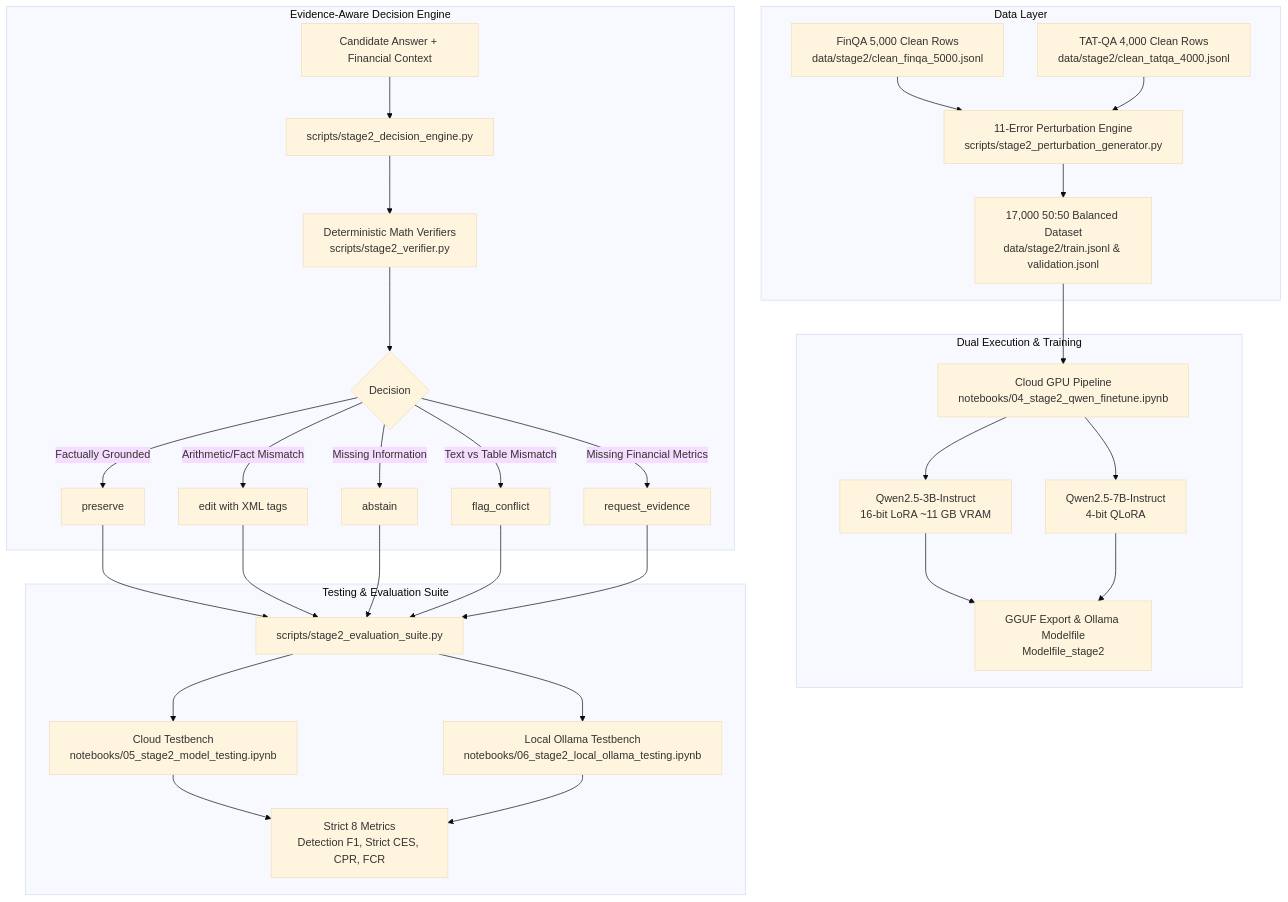
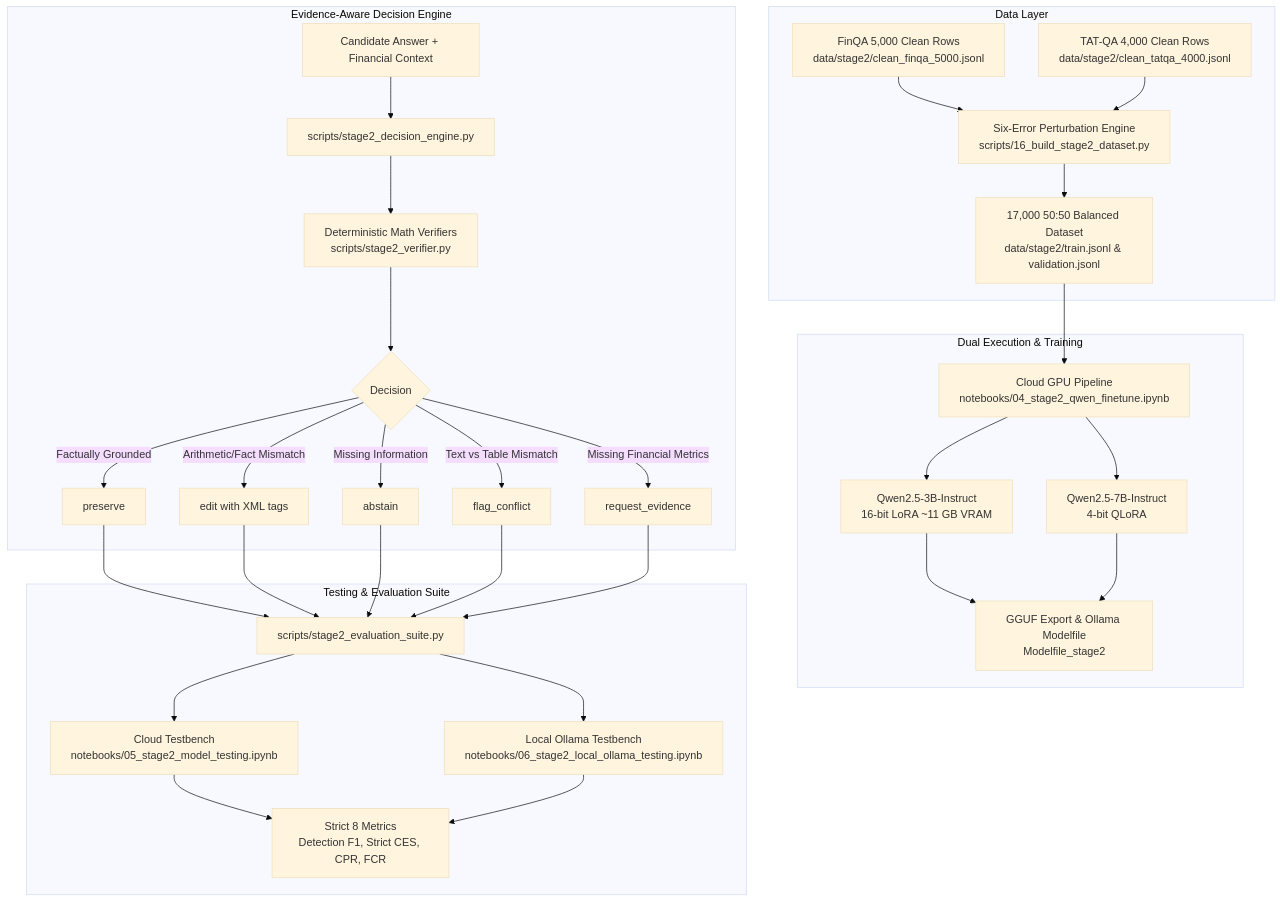
The diagram in README.md (Akash-Purbhi/FRED-Financial-Retrieval-Enhanced-Detection-and-Editing-of-Hallucinations-in-Language-Models), drawn with Mermaid (base theme) before and after one commit. The commit also changed other lines of this file and 15 other files, not shown here.

````diff
--- a/README.md
+++ b/README.md
@@ -143,34 +139,34 @@
 ```mermaid
 flowchart TD
     subgraph Data Layer
         A1[FinQA 5,000 Clean Rows\ndata/stage2/clean_finqa_5000.jsonl]
         A2[TAT-QA 4,000 Clean Rows\ndata/stage2/clean_tatqa_4000.jsonl]
-        A1 & A2 --> B[11-Error Perturbation Engine\nscripts/stage2_perturbation_generator.py]
+        A1 & A2 --> B[Six-Error Perturbation Engine\nscripts/16_build_stage2_dataset.py]
         B --> C[17,000 50:50 Balanced Dataset\ndata/stage2/train.jsonl & validation.jsonl]
     end
 
     subgraph Dual Execution & Training
         C --> D1[Cloud GPU Pipeline\nnotebooks/04_stage2_qwen_finetune.ipynb]
         D1 --> E1[Qwen2.5-3B-Instruct\n16-bit LoRA ~11 GB VRAM]
         D1 --> E2[Qwen2.5-7B-Instruct\n4-bit QLoRA]
         E1 & E2 --> F[GGUF Export & Ollama Modelfile\nModelfile_stage2]
     end
 
     subgraph Evidence-Aware Decision Engine
         IN[Candidate Answer + Financial Context] --> DE[scripts/stage2_decision_engine.py]
         DE --> PY[Deterministic Math Verifiers\nscripts/stage2_verifier.py]
         PY --> DEC{Decision}
         DEC -->|Factually Grounded| ACT1[preserve]
         DEC -->|Arithmetic/Fact Mismatch| ACT2[edit with XML tags]
         DEC -->|Missing Information| ACT3[abstain]
         DEC -->|Text vs Table Mismatch| ACT4[flag_conflict]
         DEC -->|Missing Financial Metrics| ACT5[request_evidence]
     end
 
     subgraph Testing & Evaluation Suite
         ACT1 & ACT2 & ACT3 & ACT4 & ACT5 --> EVAL[scripts/stage2_evaluation_suite.py]
         EVAL --> T1[Cloud Testbench\nnotebooks/05_stage2_model_testing.ipynb]
         EVAL --> T2[Local Ollama Testbench\nnotebooks/06_stage2_local_ollama_testing.ipynb]
         T1 & T2 --> METRICS[Strict 8 Metrics\nDetection F1, Strict CES, CPR, FCR]
     end
 ```
````
